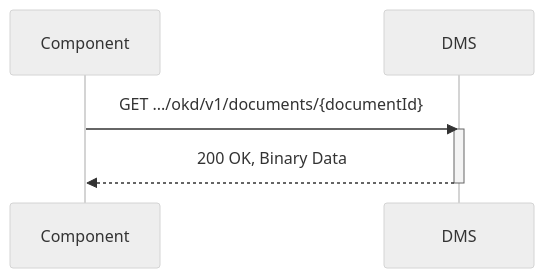
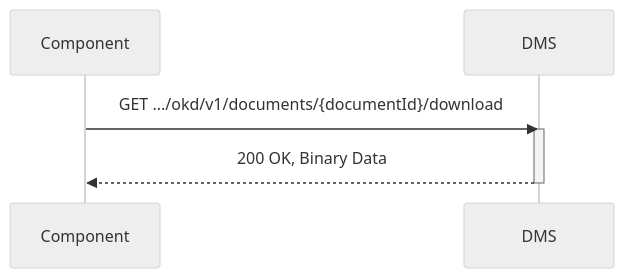
The first of 2 diagrams in doc/flow-x.md (Onderwijs-Koppelingen-OKx/OKD-Document-Management), drawn with Mermaid (neutral theme) before and after one commit. The commit also changed other lines of this file, not shown here.

Commit message:
Update flow-x

````diff
--- a/doc/flow-x.md
+++ b/doc/flow-x.md
@@ -19,9 +17,9 @@
 ```mermaid
 sequenceDiagram
     participant Component
     participant DMS
-    Component->>DMS: GET .../okd/v1/documents/{documentId}
+    Component->>DMS: GET .../okd/v1/documents/{documentId}/download
     activate DMS
     DMS-->>Component: 200 OK, Binary Data
     deactivate DMS
 ```
````
